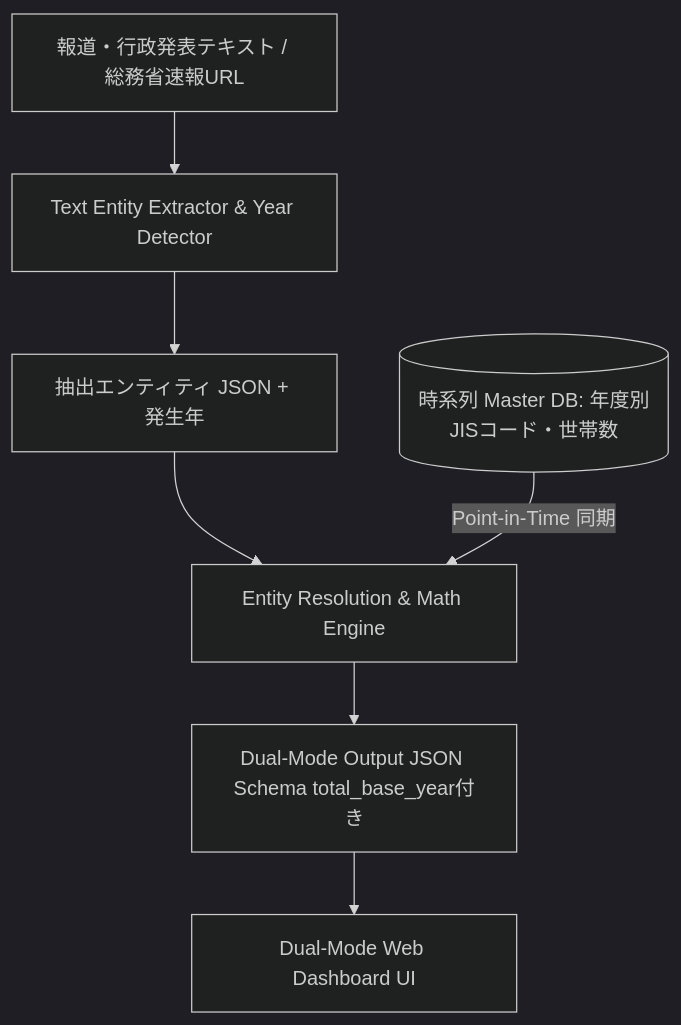
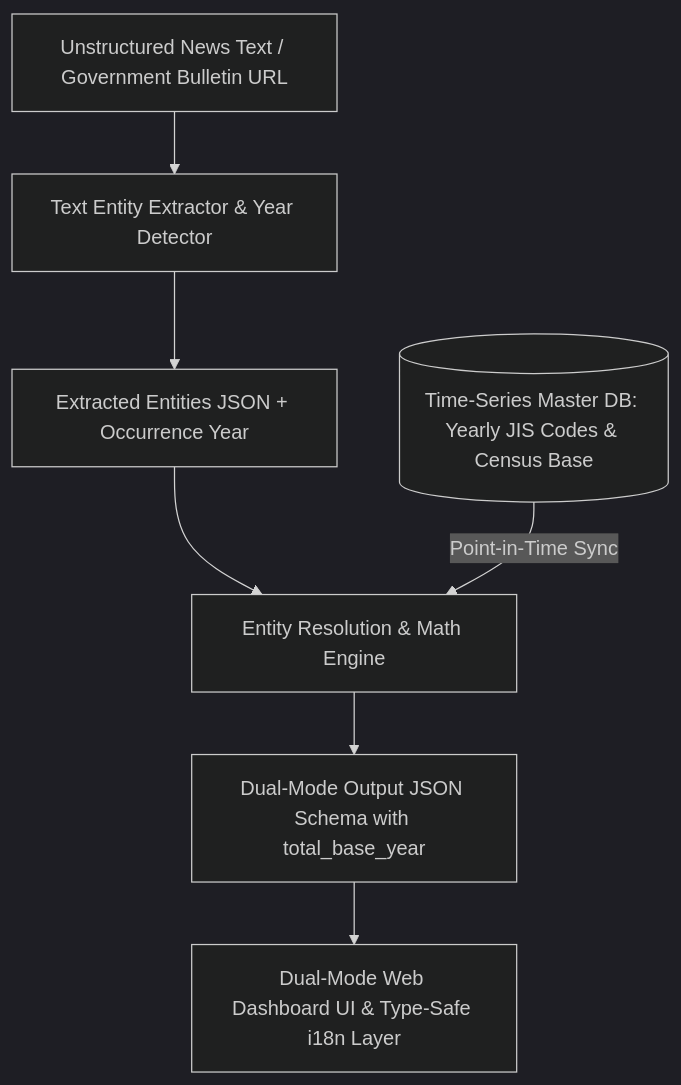
Before and after one commit to Hideyoshi-Fukuoka/disaster-density-engine: the diagram in README.md, drawn with Mermaid (dark theme). The commit also changed other lines of this file and 18 other files, not shown here.

````diff
--- a/README.md
+++ b/README.md
@@ -45,9 +51,9 @@
 ```mermaid
 graph TD
-    A[報道・行政発表テキスト / 総務省速報URL] --> B[Text Entity Extractor & Year Detector]
-    B --> C[抽出エンティティ JSON + 発生年]
+    A[Unstructured News Text / Government Bulletin URL] --> B[Text Entity Extractor & Year Detector]
+    B --> C[Extracted Entities JSON + Occurrence Year]
     C --> D[Entity Resolution & Math Engine]
-    E[(時系列 Master DB: 年度別JISコード・世帯数)] -->|Point-in-Time 同期| D
-    D --> F[Dual-Mode Output JSON Schema total_base_year付き]
-    F --> G[Dual-Mode Web Dashboard UI]
+    E[(Time-Series Master DB: Yearly JIS Codes & Census Base)] -->|Point-in-Time Sync| D
+    D --> F[Dual-Mode Output JSON Schema with total_base_year]
+    F --> G[Dual-Mode Web Dashboard UI & Type-Safe i18n Layer]
 ```
````
